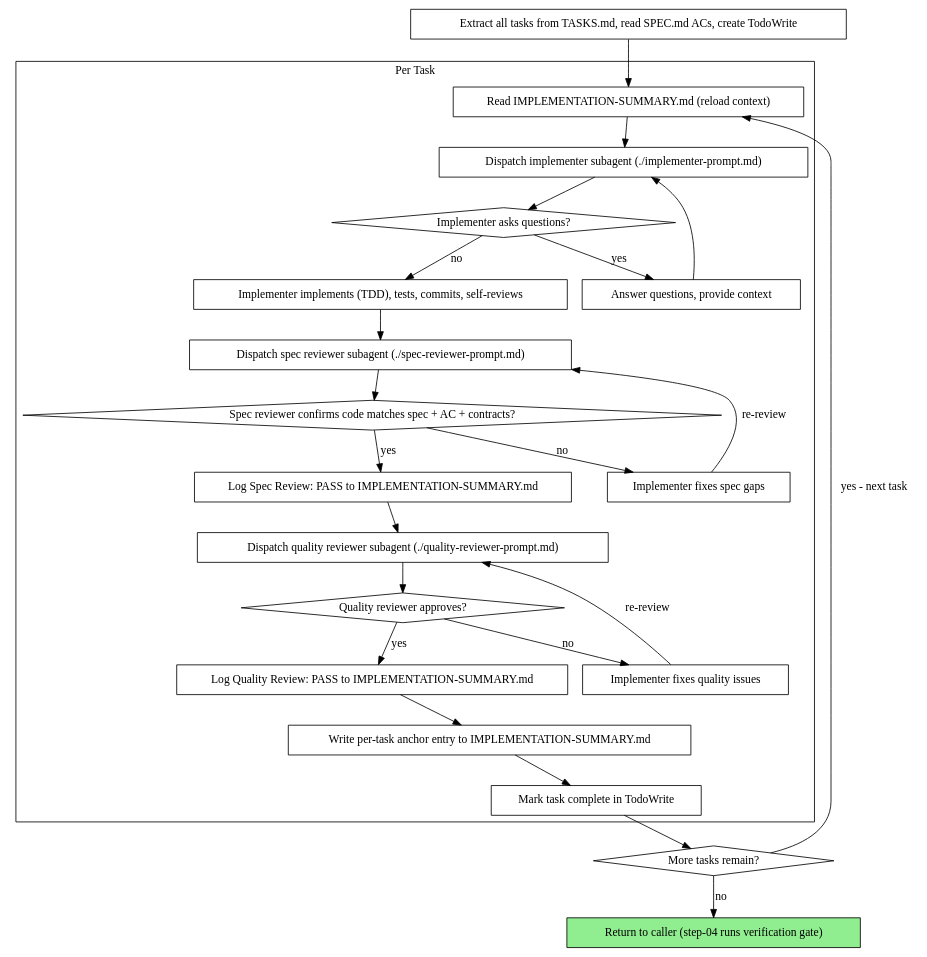
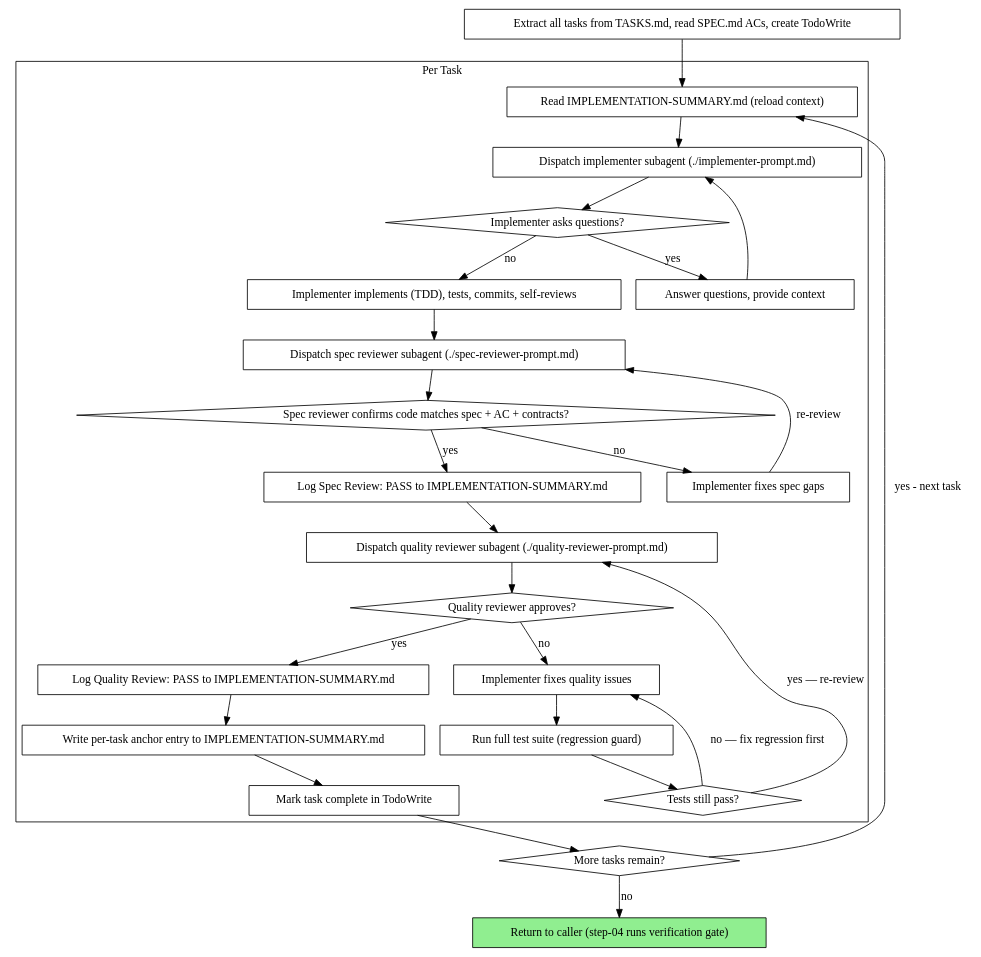
One commit to zlatkomq/spec-first-framework changed the second of 2 diagrams in skills/subagent-driven-development/SKILL.md. Above: the diagram before and after it, drawn with Graphviz. The commit also changed other lines of this file and 4 other files, not shown here.

First line of the commit message:
Subagent flow: add regression guard and design-context handoff.

````diff
--- a/skills/subagent-driven-development/SKILL.md
+++ b/skills/subagent-driven-development/SKILL.md
@@ -80,50 +81,55 @@
 ```dot
 digraph process {
     rankdir=TB;
 
     subgraph cluster_per_task {
         label="Per Task";
         "Read IMPLEMENTATION-SUMMARY.md (reload context)" [shape=box];
         "Dispatch implementer subagent (./implementer-prompt.md)" [shape=box];
         "Implementer asks questions?" [shape=diamond];
         "Answer questions, provide context" [shape=box];
         "Implementer implements (TDD), tests, commits, self-reviews" [shape=box];
         "Dispatch spec reviewer subagent (./spec-reviewer-prompt.md)" [shape=box];
         "Spec reviewer confirms code matches spec + AC + contracts?" [shape=diamond];
         "Implementer fixes spec gaps" [shape=box];
         "Log Spec Review: PASS to IMPLEMENTATION-SUMMARY.md" [shape=box];
         "Dispatch quality reviewer subagent (./quality-reviewer-prompt.md)" [shape=box];
         "Quality reviewer approves?" [shape=diamond];
         "Implementer fixes quality issues" [shape=box];
+        "Run full test suite (regression guard)" [shape=box];
+        "Tests still pass?" [shape=diamond];
         "Log Quality Review: PASS to IMPLEMENTATION-SUMMARY.md" [shape=box];
         "Write per-task anchor entry to IMPLEMENTATION-SUMMARY.md" [shape=box];
         "Mark task complete in TodoWrite" [shape=box];
     }
 
     "Extract all tasks from TASKS.md, read SPEC.md ACs, create TodoWrite" [shape=box];
     "More tasks remain?" [shape=diamond];
     "Return to caller (step-04 runs verification gate)" [shape=box style=filled fillcolor=lightgreen];
 
     "Extract all tasks from TASKS.md, read SPEC.md ACs, create TodoWrite" -> "Read IMPLEMENTATION-SUMMARY.md (reload context)";
     "Read IMPLEMENTATION-SUMMARY.md (reload context)" -> "Dispatch implementer subagent (./implementer-prompt.md)";
     "Dispatch implementer subagent (./implementer-prompt.md)" -> "Implementer asks questions?";
     "Implementer asks questions?" -> "Answer questions, provide context" [label="yes"];
     "Answer questions, provide context" -> "Dispatch implementer subagent (./implementer-prompt.md)";
     "Implementer asks questions?" -> "Implementer implements (TDD), tests, commits, self-reviews" [label="no"];
     "Implementer implements (TDD), tests, commits, self-reviews" -> "Dispatch spec reviewer subagent (./spec-reviewer-prompt.md)";
     "Dispatch spec reviewer subagent (./spec-reviewer-prompt.md)" -> "Spec reviewer confirms code matches spec + AC + contracts?";
     "Spec reviewer confirms code matches spec + AC + contracts?" -> "Implementer fixes spec gaps" [label="no"];
     "Implementer fixes spec gaps" -> "Dispatch spec reviewer subagent (./spec-reviewer-prompt.md)" [label="re-review"];
     "Spec reviewer confirms code matches spec + AC + contracts?" -> "Log Spec Review: PASS to IMPLEMENTATION-SUMMARY.md" [label="yes"];
     "Log Spec Review: PASS to IMPLEMENTATION-SUMMARY.md" -> "Dispatch quality reviewer subagent (./quality-reviewer-prompt.md)";
     "Dispatch quality reviewer subagent (./quality-reviewer-prompt.md)" -> "Quality reviewer approves?";
     "Quality reviewer approves?" -> "Implementer fixes quality issues" [label="no"];
-    "Implementer fixes quality issues" -> "Dispatch quality reviewer subagent (./quality-reviewer-prompt.md)" [label="re-review"];
+    "Implementer fixes quality issues" -> "Run full test suite (regression guard)";
+    "Run full test suite (regression guard)" -> "Tests still pass?";
+    "Tests still pass?" -> "Dispatch quality reviewer subagent (./quality-reviewer-prompt.md)" [label="yes — re-review"];
+    "Tests still pass?" -> "Implementer fixes quality issues" [label="no — fix regression first"];
     "Quality reviewer approves?" -> "Log Quality Review: PASS to IMPLEMENTATION-SUMMARY.md" [label="yes"];
     "Log Quality Review: PASS to IMPLEMENTATION-SUMMARY.md" -> "Write per-task anchor entry to IMPLEMENTATION-SUMMARY.md";
     "Write per-task anchor entry to IMPLEMENTATION-SUMMARY.md" -> "Mark task complete in TodoWrite";
     "Mark task complete in TodoWrite" -> "More tasks remain?";
     "More tasks remain?" -> "Read IMPLEMENTATION-SUMMARY.md (reload context)" [label="yes - next task"];
     "More tasks remain?" -> "Return to caller (step-04 runs verification gate)" [label="no"];
 }
 ```
````
